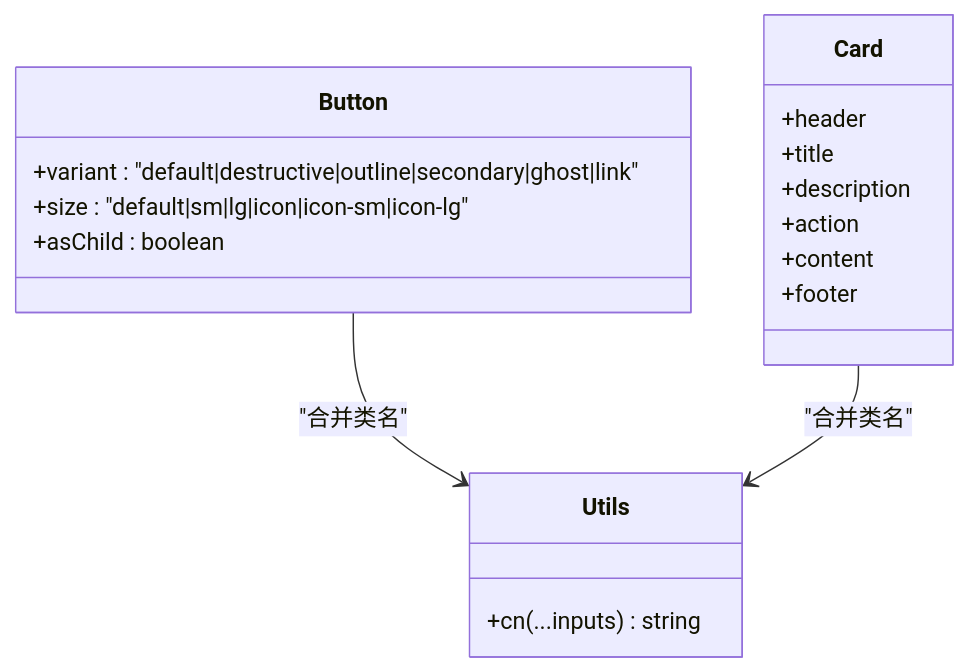
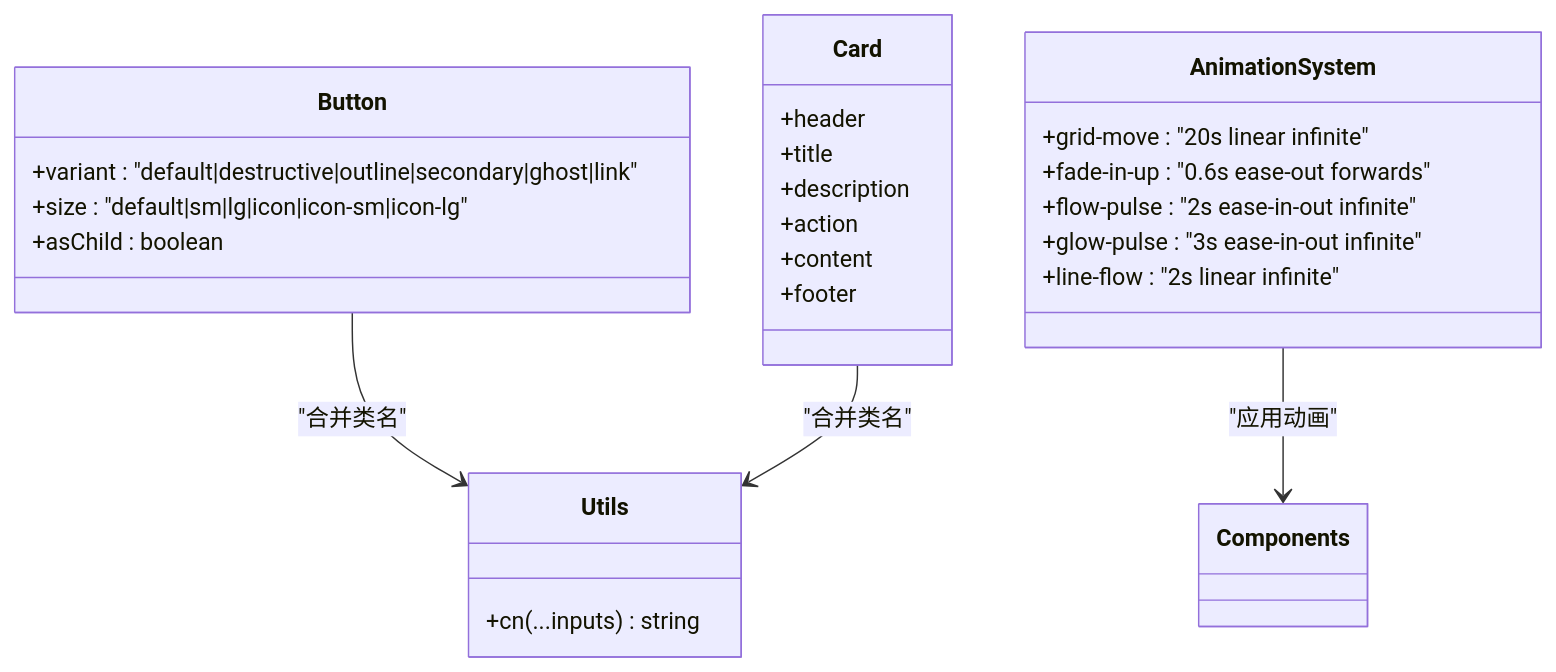
One commit to Primoguo/naolizhi.cn changed the third of 4 diagrams in .qoder/repowiki/zh/content/样式系统.md. Above: the diagram before and after it, drawn with Mermaid. The commit also changed other lines of this file and 19 other files, not shown here.

````diff
--- a/.qoder/repowiki/zh/content/样式系统.md
+++ b/.qoder/repowiki/zh/content/样式系统.md
@@ -230,21 +295,29 @@
 ```mermaid
 classDiagram
 class Button {
 +variant : "default|destructive|outline|secondary|ghost|link"
 +size : "default|sm|lg|icon|icon-sm|icon-lg"
 +asChild : boolean
 }
 class Card {
 +header
 +title
 +description
 +action
 +content
 +footer
 }
 class Utils {
 +cn(...inputs) string
 }
+class AnimationSystem {
++grid-move : "20s linear infinite"
++fade-in-up : "0.6s ease-out forwards"
++flow-pulse : "2s ease-in-out infinite"
++glow-pulse : "3s ease-in-out infinite"
++line-flow : "2s linear infinite"
+}
 Button --> Utils : "合并类名"
 Card --> Utils : "合并类名"
+AnimationSystem --> Components : "应用动画"
 ```
````
